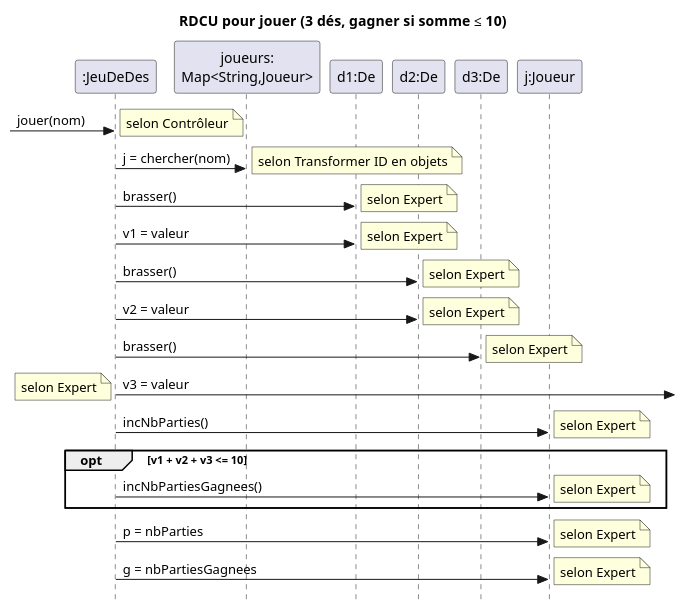
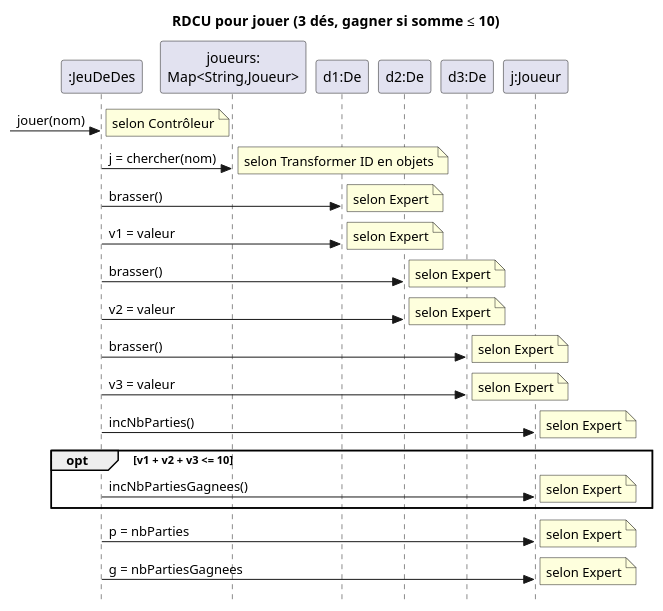
One commit to cc-probitaille/laboratoire-0-JFkodsi changed the diagram in docs/modeles/rdcu-jouer.puml. Above: the diagram before and after it, drawn with PlantUML.

Commit message:
Ajustement apporter au RDCU-Jouer

```diff
--- a/docs/modeles/rdcu-jouer.puml
+++ b/docs/modeles/rdcu-jouer.puml
@@ -1,45 +1,45 @@
 @startuml RDCU-Jouer
 skinparam style strictuml
 skinparam defaultfontname Verdana
 title RDCU pour jouer (3 dés, gagner si somme ≤ 10)
 participant ":JeuDeDes" as c
 participant "joueurs:\nMap<String,Joueur>" as jm
 participant "d1:De" as d1
 participant "d2:De" as d2
 participant "d3:De" as d3
 participant "j:Joueur" as j
 ->c : jouer(nom)
 note right : selon Contrôleur
 
 c->jm : j = chercher(nom)
 note right : selon Transformer ID en objets
 
 c->d1 : brasser()
 note right : selon Expert
 c->d1 : v1 = valeur
 note right : selon Expert
 
 c->d2 : brasser()
 note right : selon Expert
 c->d2 : v2 = valeur
 note right : selon Expert
 
 c->d3 : brasser()
 note right : selon Expert
-c-> : v3 = valeur
+c->d3 : v3 = valeur
 note right : selon Expert
 
 c->j : incNbParties()
 note right : selon Expert
 
 
 opt v1 + v2 + v3 <= 10
   c->j : incNbPartiesGagnees()
   note right : selon Expert
 end opt
 
 c->j : p = nbParties
 note right : selon Expert
 c->j : g = nbPartiesGagnees
 note right : selon Expert
 @enduml
```
